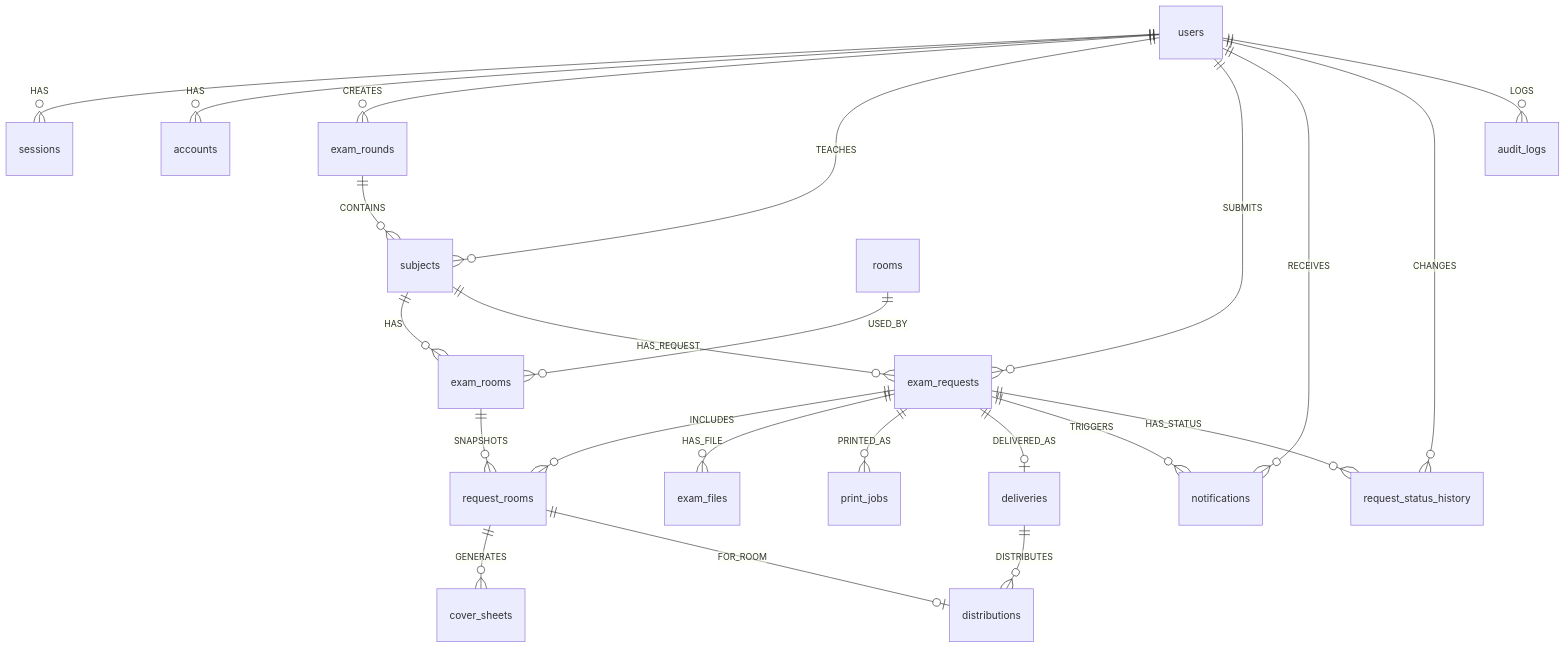
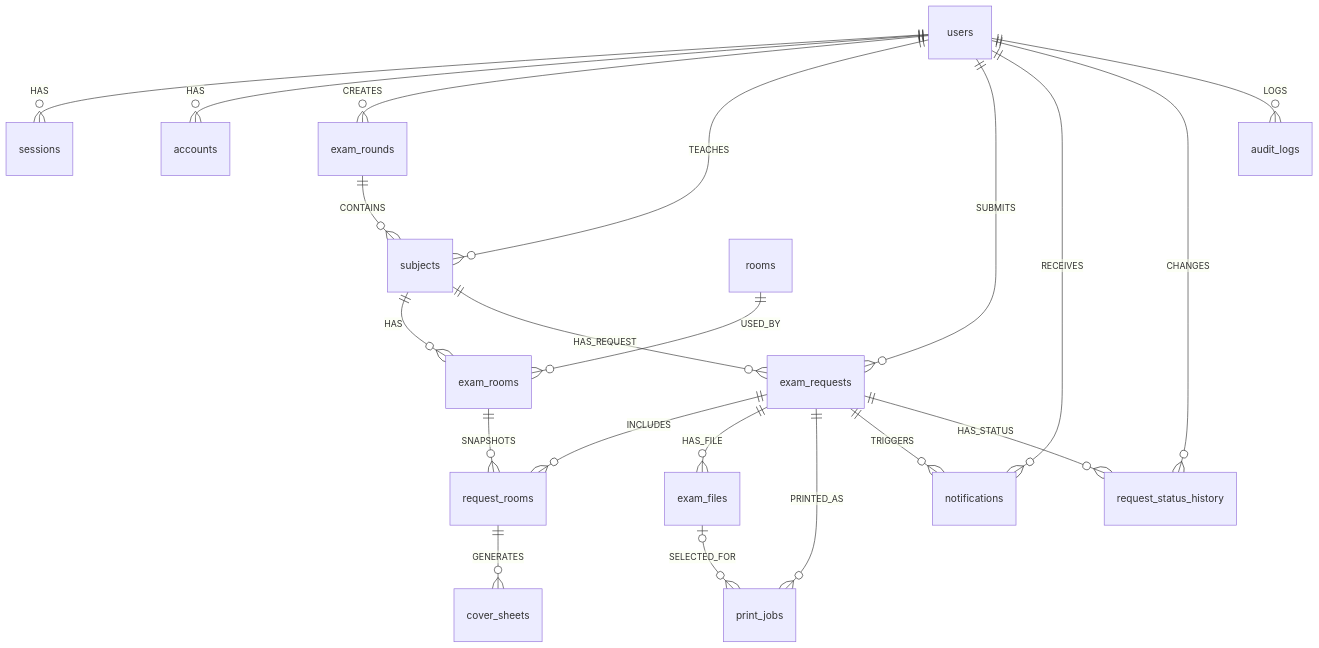
The diagram in docs/ERD.md (Valtheros/Examsystem), drawn with Mermaid before and after one commit. The commit also changed other lines of this file and 85 other files, not shown here.

````diff
--- a/docs/ERD.md
+++ b/docs/ERD.md
@@ -5,25 +5,23 @@
 ```mermaid
 erDiagram
   users ||--o{ sessions : HAS
   users ||--o{ accounts : HAS
   users ||--o{ exam_rounds : CREATES
   users ||--o{ subjects : TEACHES
   exam_rounds ||--o{ subjects : CONTAINS
   subjects ||--o{ exam_rooms : HAS
   rooms ||--o{ exam_rooms : USED_BY
   subjects ||--o{ exam_requests : HAS_REQUEST
   users ||--o{ exam_requests : SUBMITS
   exam_requests ||--o{ request_rooms : INCLUDES
   exam_rooms ||--o{ request_rooms : SNAPSHOTS
   exam_requests ||--o{ exam_files : HAS_FILE
   request_rooms ||--o{ cover_sheets : GENERATES
   exam_requests ||--o{ print_jobs : PRINTED_AS
-  exam_requests ||--o| deliveries : DELIVERED_AS
-  deliveries ||--o{ distributions : DISTRIBUTES
-  request_rooms ||--o| distributions : FOR_ROOM
+  exam_files |o--o{ print_jobs : SELECTED_FOR
   exam_requests ||--o{ notifications : TRIGGERS
   users ||--o{ notifications : RECEIVES
   exam_requests ||--o{ request_status_history : HAS_STATUS
   users ||--o{ request_status_history : CHANGES
   users ||--o{ audit_logs : LOGS
 ```
````
